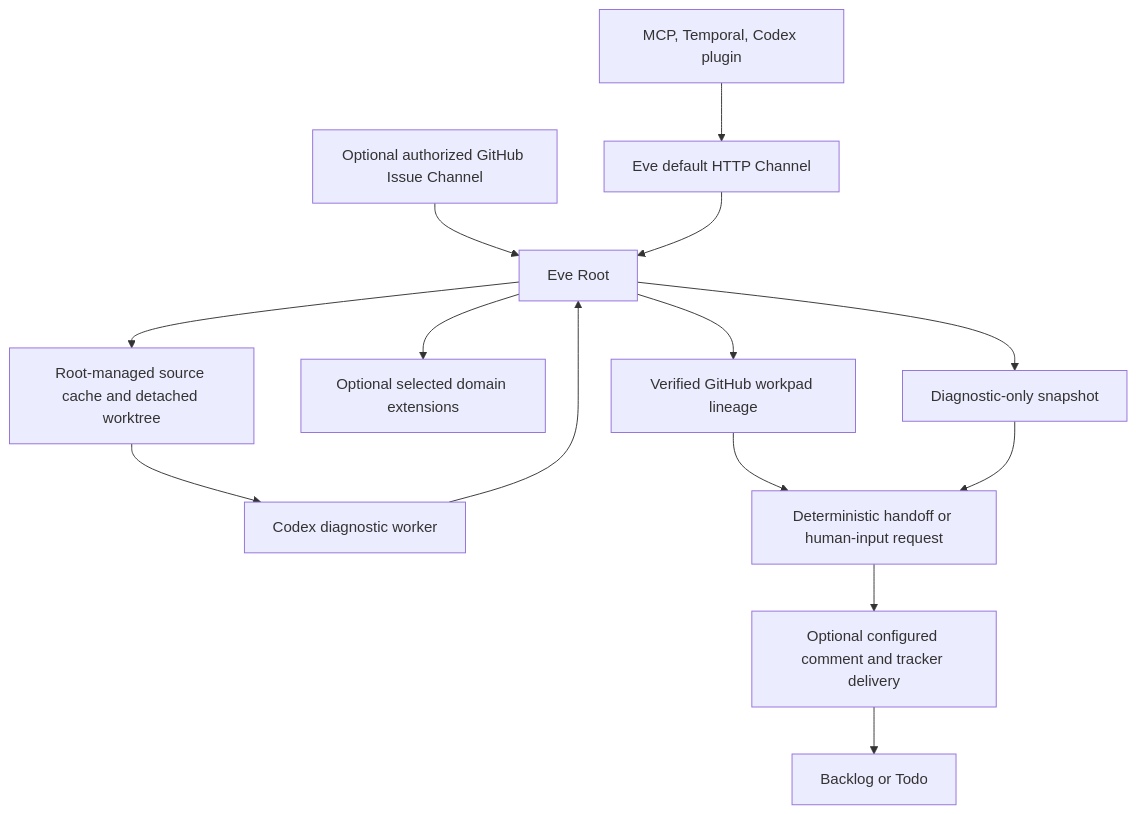
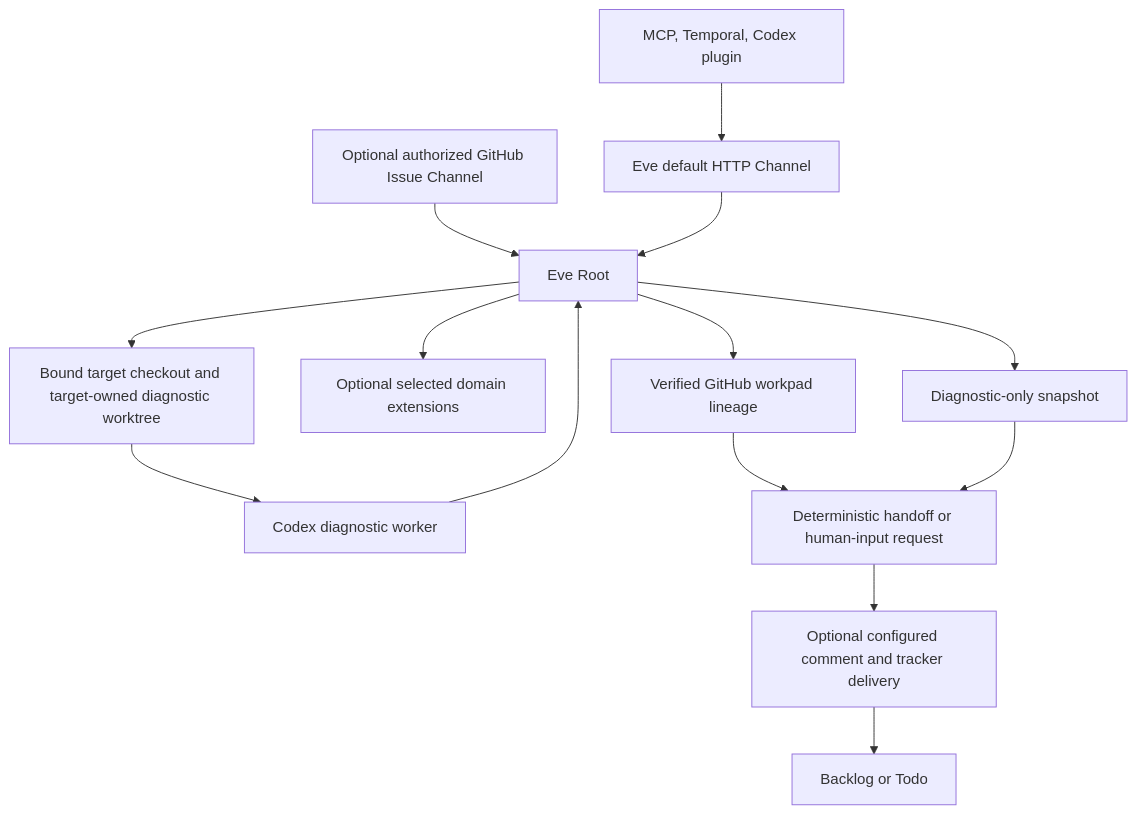
Before and after one commit to Alive24/FailureReport: the diagram in openwiki/quickstart.md, drawn with Mermaid. The commit also changed other lines of this file and 15 other files, not shown here.

````diff
--- a/openwiki/quickstart.md
+++ b/openwiki/quickstart.md
@@ -44,16 +44,16 @@
 ```mermaid
 flowchart TD
   Outer["MCP, Temporal, Codex plugin"] --> Channel["Eve default HTTP Channel"]
   GitHubIngress["Optional authorized GitHub Issue Channel"] --> Root["Eve Root"]
   Channel --> Root
   Root --> Workpad["Verified GitHub workpad lineage"]
   Root --> Extensions["Optional selected domain extensions"]
-  Root --> Workspace["Root-managed source cache and detached worktree"]
+  Root --> Workspace["Bound target checkout and target-owned diagnostic worktree"]
   Workspace --> Codex["Codex diagnostic worker"]
   Codex --> Root
   Root --> Snapshot["Diagnostic-only snapshot"]
   Workpad --> Handoff["Deterministic handoff or human-input request"]
   Snapshot --> Handoff
   Handoff --> Delivery["Optional configured comment and tracker delivery"]
   Delivery --> Destination["Backlog or Todo"]
 ```
````
